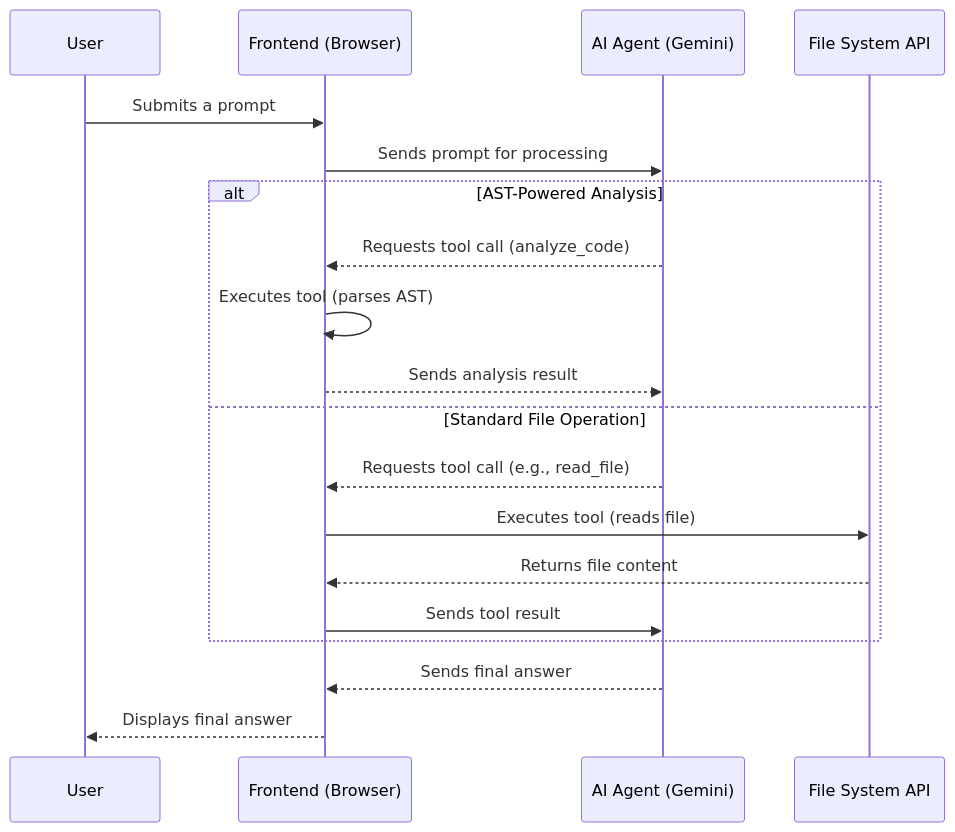
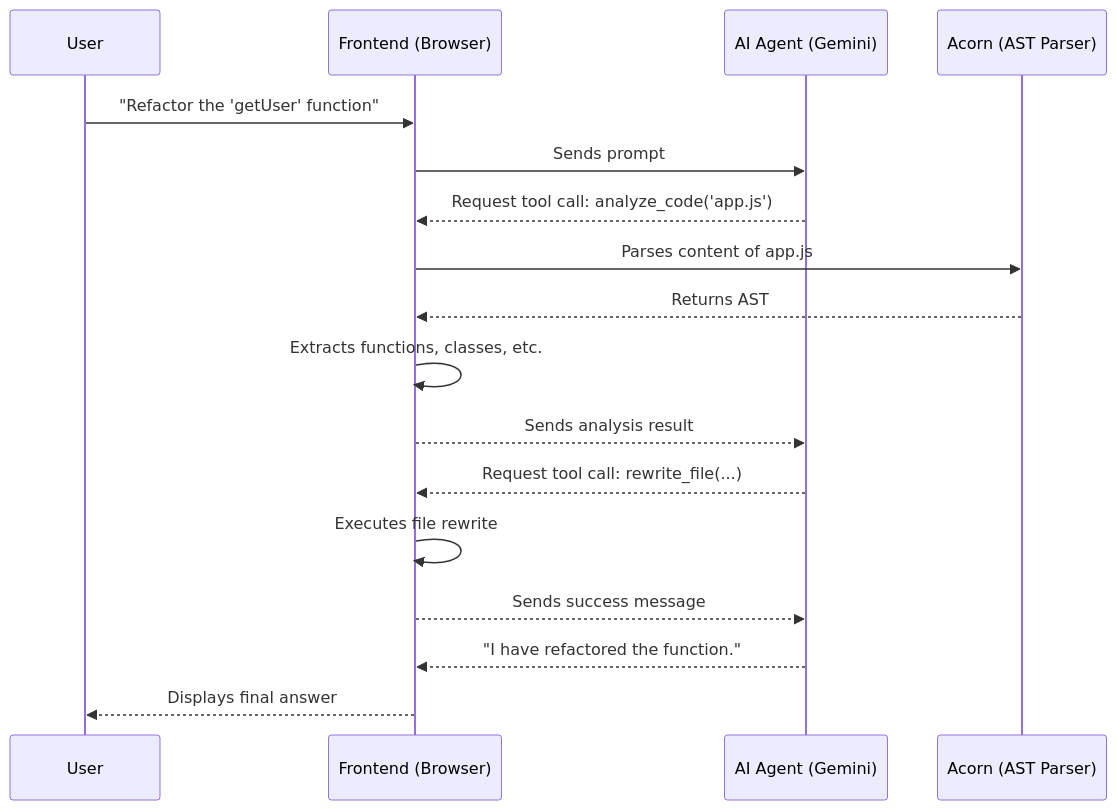
Before and after one commit to yapweijun1996/AI-Code-Editor-v7: the diagram in README.md, drawn with Mermaid. The commit also changed other lines of this file, not shown here.

````diff
--- a/README.md
+++ b/README.md
@@ -76,22 +82,25 @@
 ```mermaid
 sequenceDiagram
     participant User
     participant Frontend (Browser)
     participant AI Agent (Gemini)
-    participant File System API
+    participant Acorn (AST Parser)
 
-    User->>Frontend (Browser): Submits a prompt
-    Frontend (Browser)->>AI Agent (Gemini): Sends prompt for processing
-    alt AST-Powered Analysis
-        AI Agent (Gemini)-->>Frontend (Browser): Requests tool call (analyze_code)
-        Frontend (Browser)->>Frontend (Browser): Executes tool (parses AST)
-        Frontend (Browser)-->>AI Agent (Gemini): Sends analysis result
-    else Standard File Operation
-        AI Agent (Gemini)-->>Frontend (Browser): Requests tool call (e.g., read_file)
-        Frontend (Browser)->>File System API: Executes tool (reads file)
-        File System API-->>Frontend (Browser): Returns file content
-        Frontend (Browser)->>AI Agent (Gemini): Sends tool result
-    end
-    AI Agent (Gemini)-->>Frontend (Browser): Sends final answer
+    User->>Frontend (Browser): "Refactor the 'getUser' function"
+    Frontend (Browser)->>AI Agent (Gemini): Sends prompt
+    
+    AI Agent (Gemini)-->>Frontend (Browser): Request tool call: analyze_code('app.js')
+    
+    Frontend (Browser)->>Acorn (AST Parser): Parses content of app.js
+    Acorn (AST Parser)-->>Frontend (Browser): Returns AST
+    
+    Frontend (Browser)->>Frontend (Browser): Extracts functions, classes, etc.
+    Frontend (Browser)-->>AI Agent (Gemini): Sends analysis result
+    
+    AI Agent (Gemini)-->>Frontend (Browser): Request tool call: rewrite_file(...)
+    Frontend (Browser)->>Frontend (Browser): Executes file rewrite
+    Frontend (Browser)-->>AI Agent (Gemini): Sends success message
+    
+    AI Agent (Gemini)-->>Frontend (Browser): "I have refactored the function."
     Frontend (Browser)-->>User: Displays final answer
 ```
````
